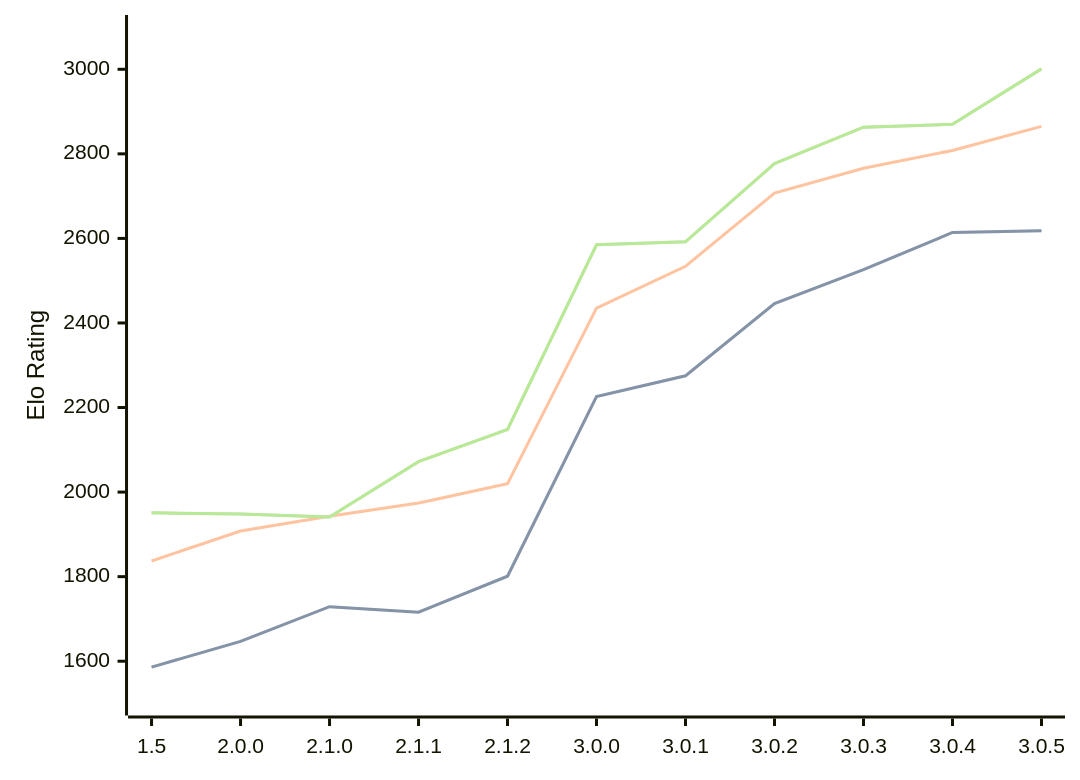
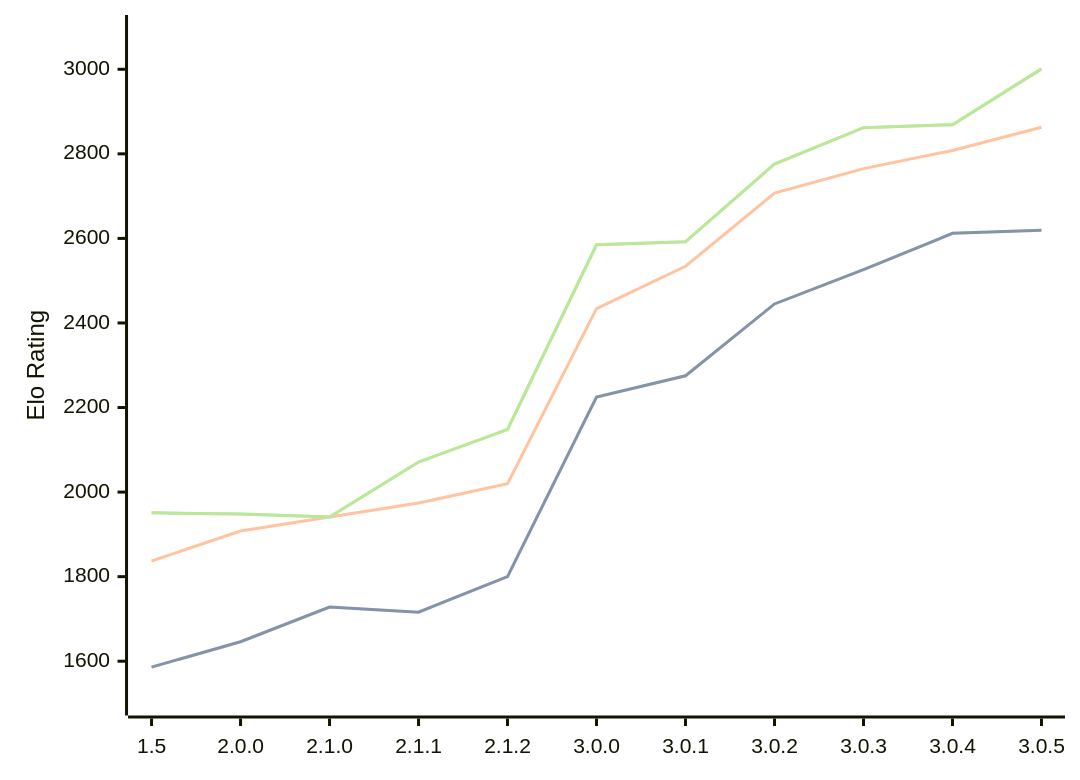
One commit to computer-chess-index/cci changed the diagram in engines/Rudim.md. Above: the diagram before and after it, drawn with Mermaid. The commit also changed other lines of this file, not shown here.

Commit message:
Update CCI Ratings (ELO VLTC) - 2026-07-27

````diff
--- a/engines/Rudim.md
+++ b/engines/Rudim.md
@@ -50,11 +50,11 @@
 ```mermaid
 %%{init: {"theme":"base","themeVariables":{"seriesColors:['#a3a3a3','#222221','#faa371']}}}%%
 xychart-beta
   x-axis ["1.5", "2.0.0", "2.1.0", "2.1.1", "2.1.2", "3.0.0", "3.0.1", "3.0.2", "3.0.3", "3.0.4", "3.0.5"]
   y-axis "Elo Rating" 1500 --> 3100
-  line "STC (8.0+0.08s)" [1586, 1647, 1729, 1716, 1801, 2226, 2275, 2446, 2526, 2614, 2618]
-  line "STC (8.0+0.08s)" [1586, 1647, 1729, 1716, 1801, 2226, 2275, 2446, 2526, 2614, 2618]
-  line "LTC (60.0+0.60s)" [1837, 1908, 1943, 1974, 2020, 2435, 2534, 2707, 2766, 2808, 2865]
-  line "VLTC (2m24s+1.12s)" [1951, 1948, 1941, 2072, 2148, 2585, 2592, 2777, 2863, 2870, 3001]
-  line "VLTC (2m24s+1.12s)" [1951, 1948, 1941, 2072, 2148, 2585, 2592, 2777, 2863, 2870, 3001]
+  line "STC (8.0+0.08s)" [1586, 1646, 1728, 1716, 1800, 2225, 2275, 2445, 2526, 2612, 2619]
+  line "STC (8.0+0.08s)" [1586, 1646, 1728, 1716, 1800, 2225, 2275, 2445, 2526, 2612, 2619]
+  line "LTC (60.0+0.60s)" [1837, 1908, 1941, 1974, 2020, 2434, 2534, 2707, 2765, 2808, 2863]
+  line "VLTC (2m24s+1.12s)" [1951, 1948, 1941, 2071, 2148, 2585, 2592, 2776, 2862, 2869, 3001]
+  line "VLTC (2m24s+1.12s)" [1951, 1948, 1941, 2071, 2148, 2585, 2592, 2776, 2862, 2869, 3001]
 ```
````
